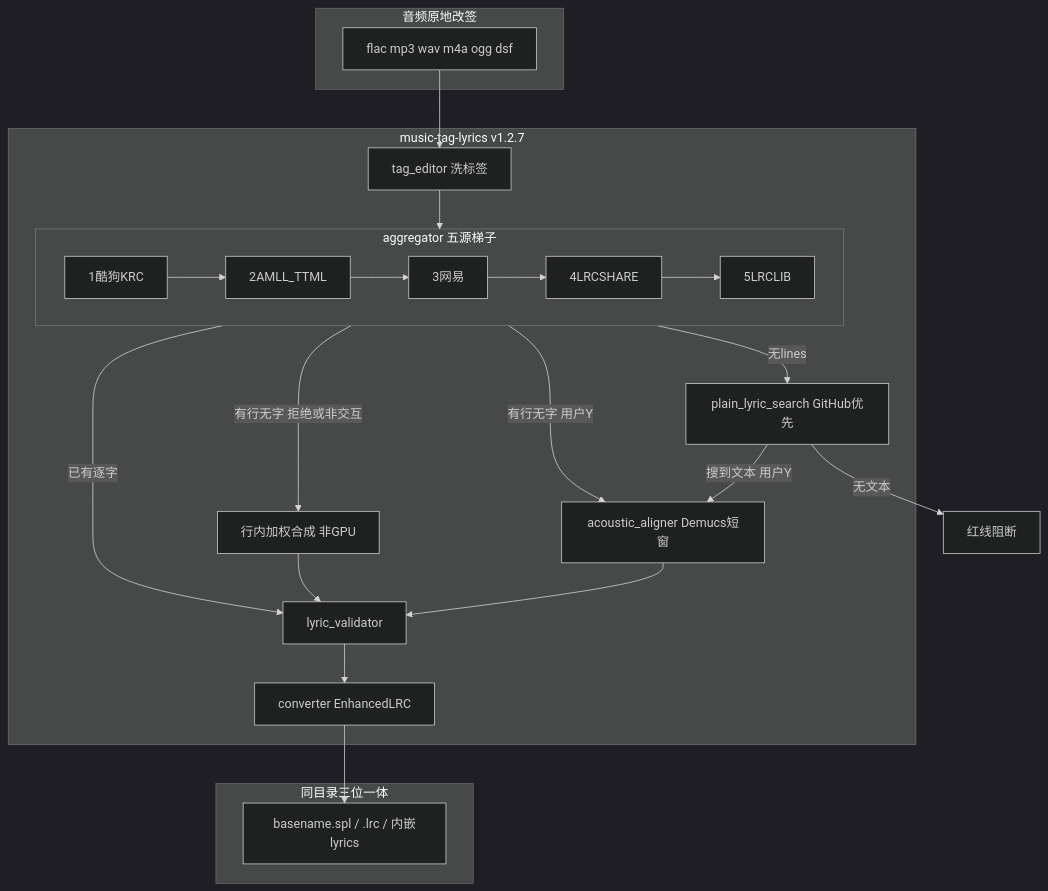
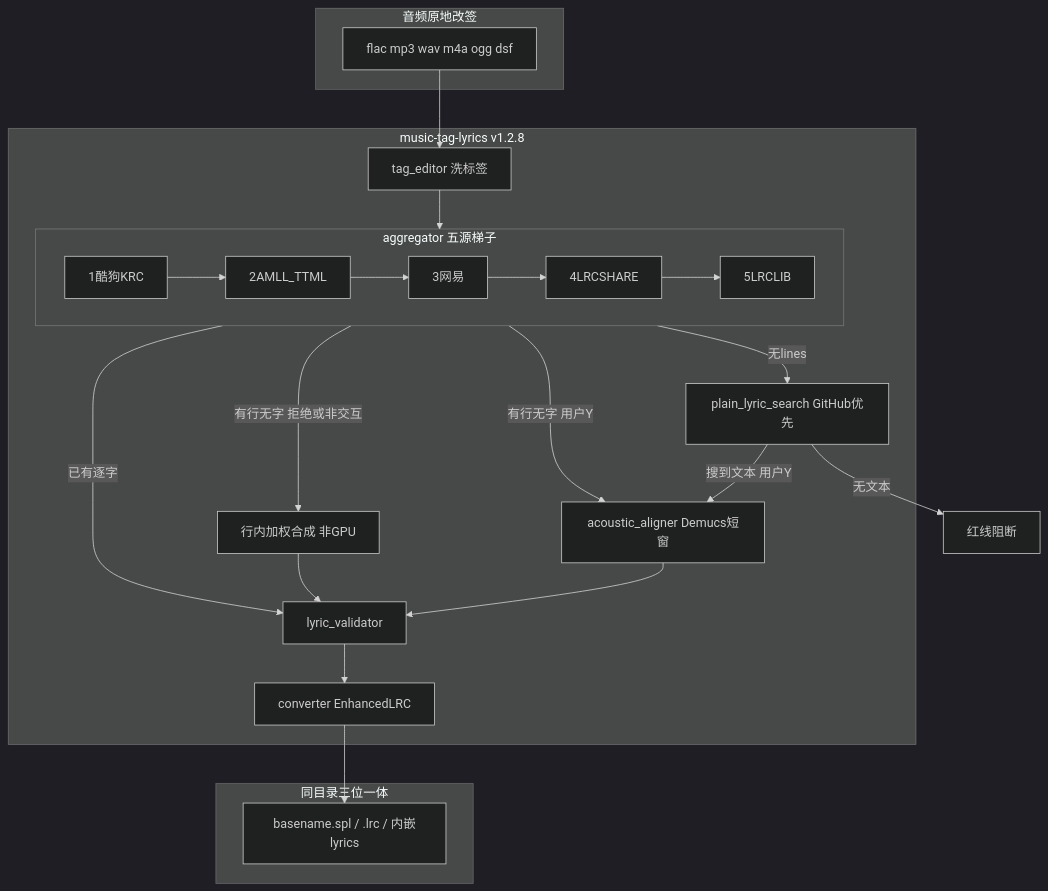
The first of 2 diagrams in README.md (sxsxhhi/music-tag-lyrics), drawn with Mermaid (dark theme) before and after one commit. The commit also changed other lines of this file and 20 other files, not shown here.

````diff
--- a/README.md
+++ b/README.md
@@ -65,35 +65,35 @@
 ```mermaid
 flowchart TD
   subgraph host [音频原地改签]
     Audio[flac mp3 wav m4a ogg dsf]
   end
-  subgraph skill [music-tag-lyrics v1.2.7]
+  subgraph skill [music-tag-lyrics v1.2.8]
     Tags[tag_editor 洗标签]
     subgraph agg [aggregator 五源梯子]
       Kugou[1酷狗KRC]
       Amll[2AMLL_TTML]
       Netease[3网易]
       Lrcs[4LRCSHARE]
       Lrclib[5LRCLIB]
       Kugou --> Amll --> Netease --> Lrcs --> Lrclib
     end
     Valid[lyric_validator]
     Conv[converter EnhancedLRC]
     GPU[acoustic_aligner Demucs短窗]
     Synth[行内加权合成 非GPU]
     Search[plain_lyric_search GitHub优先]
   end
   subgraph out [同目录三位一体]
     Files["basename.spl / .lrc / 内嵌lyrics"]
   end
   Audio --> Tags --> agg
   agg -->|已有逐字| Valid
   agg -->|有行无字 用户Y| GPU
   agg -->|有行无字 拒绝或非交互| Synth
   agg -->|无lines| Search
   Search -->|搜到文本 用户Y| GPU
   Search -->|无文本| Block[红线阻断]
   GPU --> Valid
   Synth --> Valid
   Valid --> Conv --> Files
 ```
````
